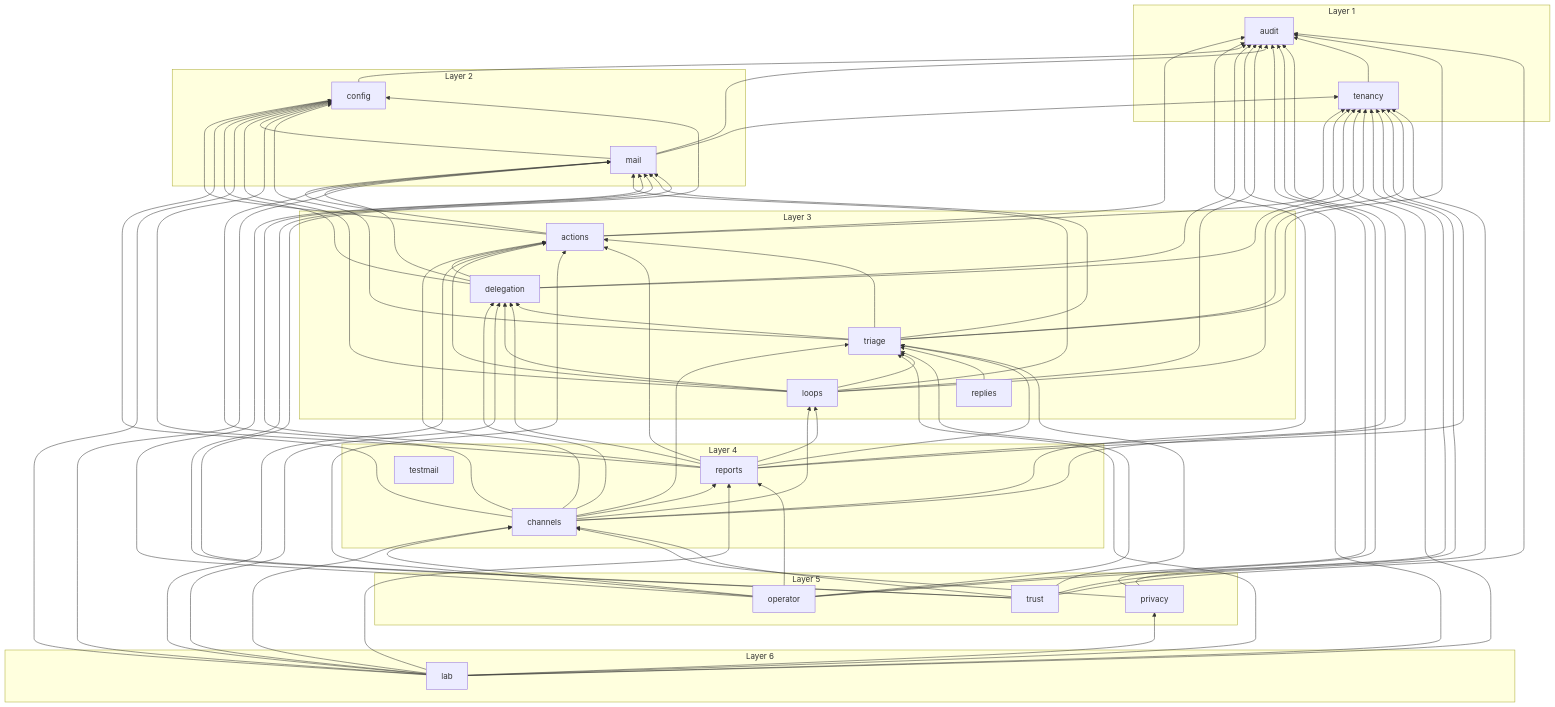
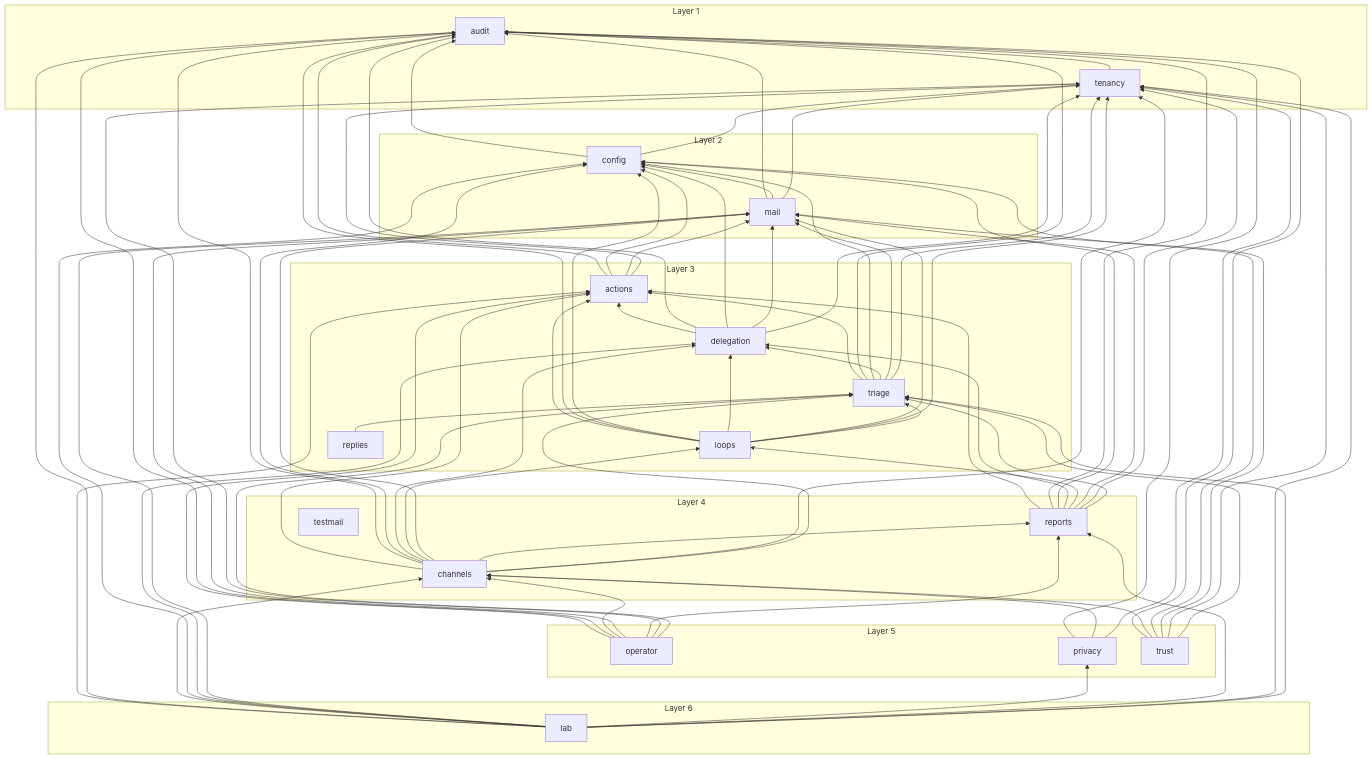
Before and after one commit to Artexs/email_assistant: the diagram in docs/diagrams/module-graph.md, drawn with Mermaid. The commit also changed 51 other files, not shown here.

```diff
--- a/docs/diagrams/module-graph.md
+++ b/docs/diagrams/module-graph.md
@@ -48,6 +48,7 @@
   channels --> tenancy
   channels --> triage
   config --> audit
+  config --> tenancy
   delegation --> actions
   delegation --> audit
   delegation --> config
```
